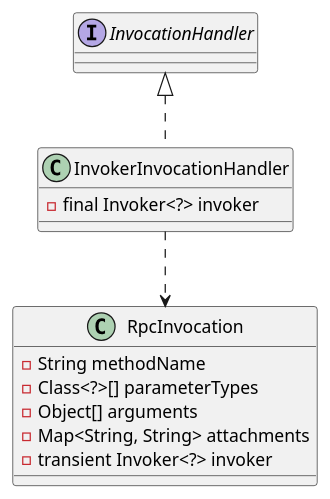
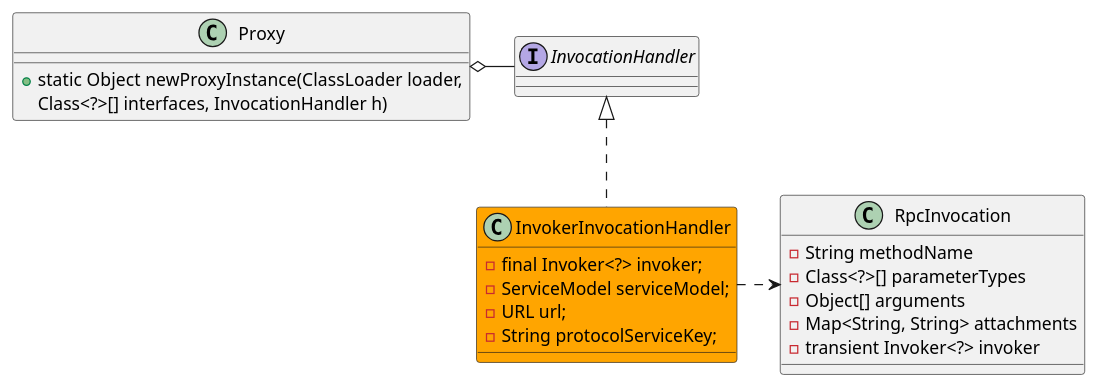
The first of 2 diagrams in docs/30-distributed/src/dubbo/rpc/proxy/InvokerInvocationHandler.md (onlyonion/development), drawn with PlantUML before and after one commit. The commit also changed 173 other files, not shown here.

````diff
--- a/docs/30-distributed/src/dubbo/rpc/proxy/InvokerInvocationHandler.md
+++ b/docs/30-distributed/src/dubbo/rpc/proxy/InvokerInvocationHandler.md
@@ -5,22 +5,31 @@
 ```plantuml
 @startuml
 
 interface InvocationHandler
 InvocationHandler ^.. InvokerInvocationHandler
 
-class InvokerInvocationHandler {
-    - final Invoker<?> invoker
-    
+class InvokerInvocationHandler #orange {
+    - final Invoker<?> invoker;
+    - ServiceModel serviceModel;
+    - URL url;
+    - String protocolServiceKey;
 }
-InvokerInvocationHandler ..> RpcInvocation
+
+InvokerInvocationHandler .> RpcInvocation
 
 class RpcInvocation {
     - String methodName
     - Class<?>[] parameterTypes
     - Object[] arguments
     - Map<String, String> attachments
     - transient Invoker<?> invoker
 }
 
+class Proxy {
+  + static Object newProxyInstance(ClassLoader loader, 
+          Class<?>[] interfaces, InvocationHandler h)
+}
+Proxy o- InvocationHandler
+
 @enduml
 ```
````
